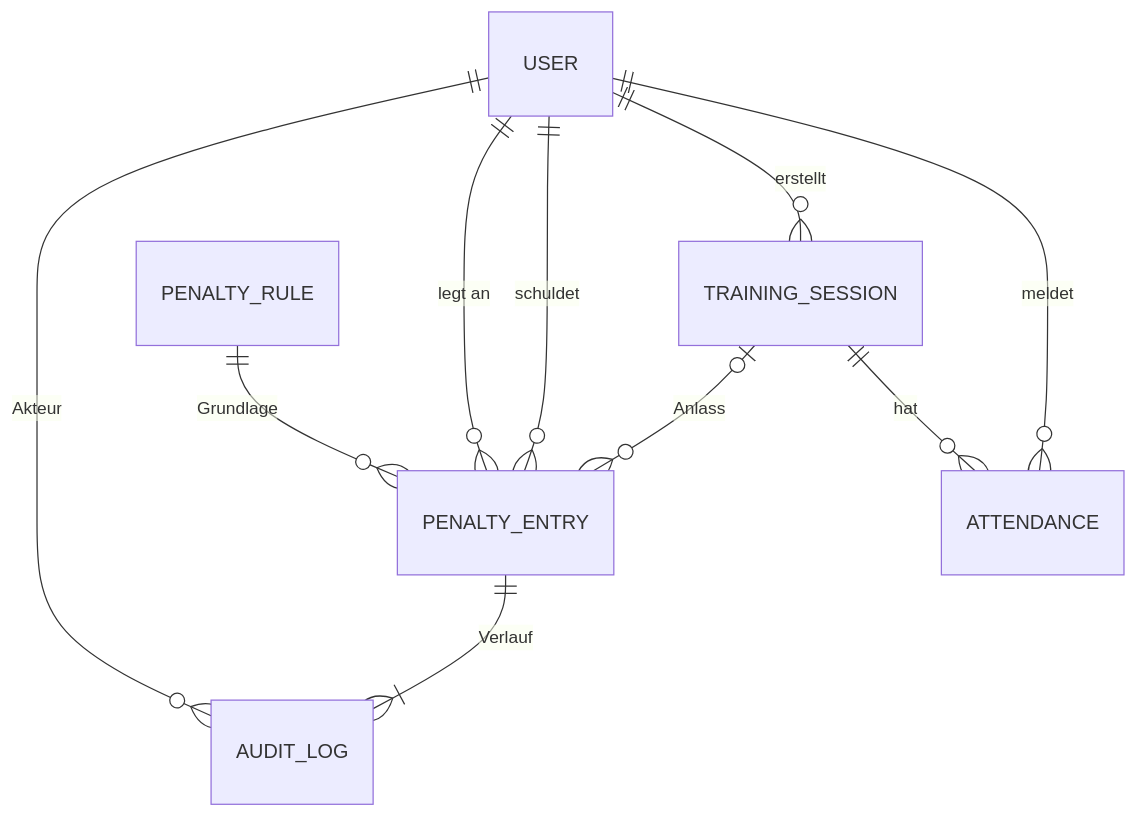
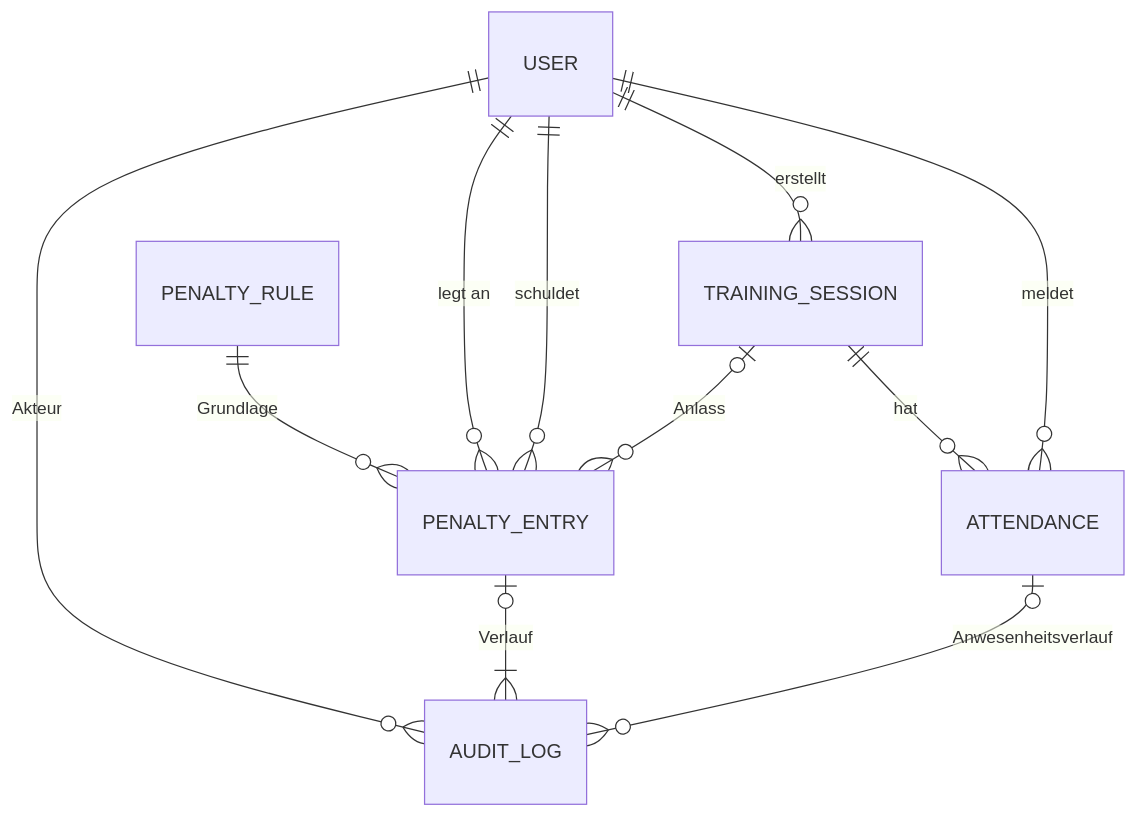
One commit to squadhq-team/squadhq-team changed the first of 2 diagrams in docs/architektur/er-modell.md. Above: the diagram before and after it, drawn with Mermaid. The commit also changed other lines of this file and 9 other files, not shown here.

First line of the commit message:
Diagramme, Namensliste, Traceability und Demo-Ablauf auf P4-Stand

````diff
--- a/docs/architektur/er-modell.md
+++ b/docs/architektur/er-modell.md
@@ -7,12 +7,13 @@
 ```mermaid
 erDiagram
   USER ||--o{ ATTENDANCE : "meldet"
   TRAINING_SESSION ||--o{ ATTENDANCE : "hat"
   USER ||--o{ TRAINING_SESSION : "erstellt"
   USER ||--o{ PENALTY_ENTRY : "schuldet"
   USER ||--o{ PENALTY_ENTRY : "legt an"
   PENALTY_RULE ||--o{ PENALTY_ENTRY : "Grundlage"
   TRAINING_SESSION |o--o{ PENALTY_ENTRY : "Anlass"
-  PENALTY_ENTRY ||--|{ AUDIT_LOG : "Verlauf"
+  PENALTY_ENTRY |o--|{ AUDIT_LOG : "Verlauf"
+  ATTENDANCE |o--o{ AUDIT_LOG : "Anwesenheitsverlauf"
   USER ||--o{ AUDIT_LOG : "Akteur"
 ```
````
